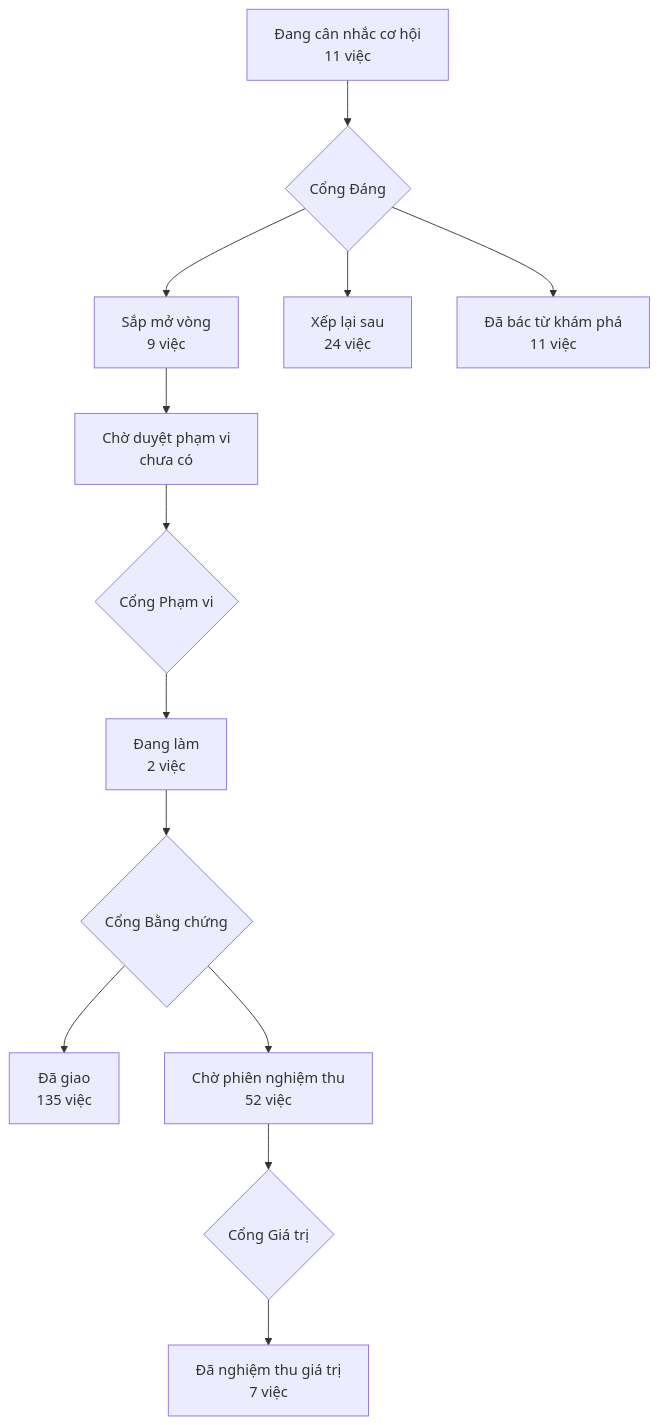
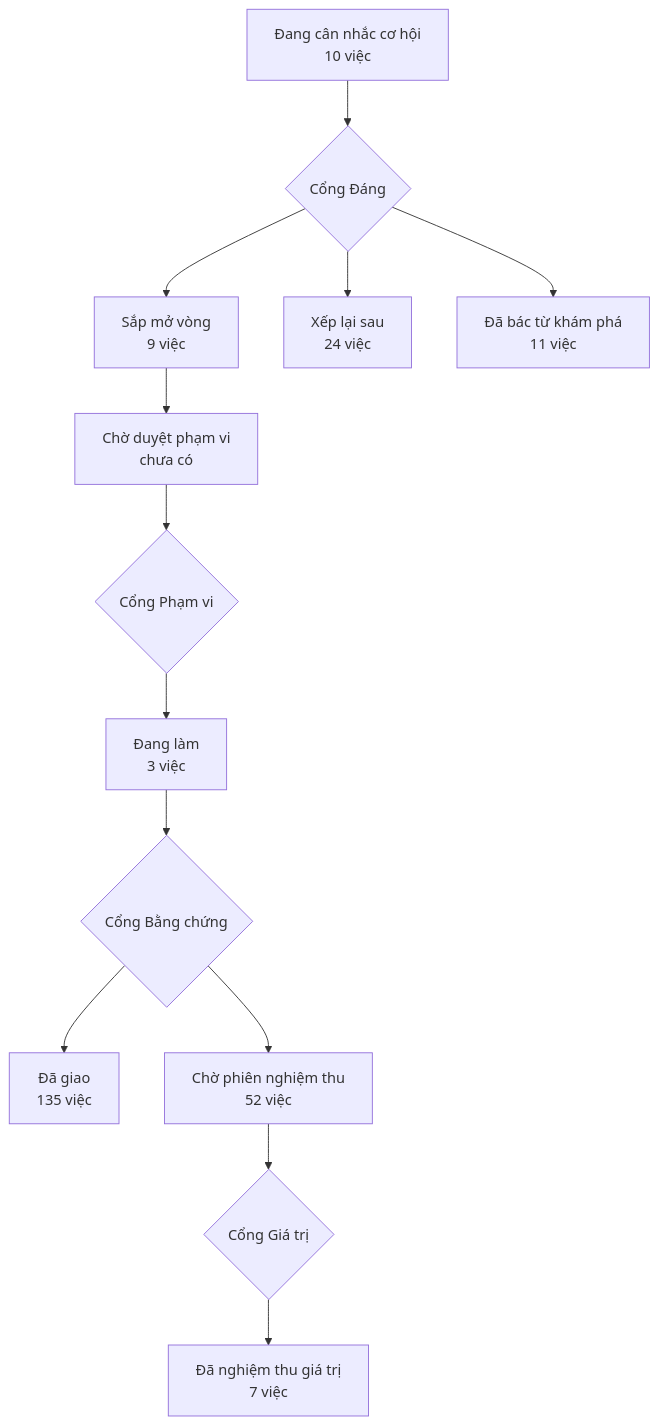
The diagram in PRODUCT-MAP.md (phanlemanh/acceptance-gate-kit), drawn with Mermaid before and after one commit. The commit also changed other lines of this file and 3 other files, not shown here.

Commit message:
acceptance(vung-giao-viec-tu-cat-luot): Cổng Phạm vi duyệt — Manh Phan, nhận khuyến nghị Hỏi-1 (làm cả xét lại)

````diff
--- a/PRODUCT-MAP.md
+++ b/PRODUCT-MAP.md
@@ -7,12 +7,12 @@
 ```mermaid
 flowchart TD
-  A["Đang cân nhắc cơ hội<br/>11 việc"] --> GD{"Cổng Đáng"}
+  A["Đang cân nhắc cơ hội<br/>10 việc"] --> GD{"Cổng Đáng"}
   GD --> B["Sắp mở vòng<br/>9 việc"]
   GD --> XL["Xếp lại sau<br/>24 việc"]
   GD --> DB["Đã bác từ khám phá<br/>11 việc"]
   B --> CD["Chờ duyệt phạm vi<br/>chưa có"] --> GP{"Cổng Phạm vi"}
-  GP --> DL["Đang làm<br/>2 việc"] --> GB{"Cổng Bằng chứng"}
+  GP --> DL["Đang làm<br/>3 việc"] --> GB{"Cổng Bằng chứng"}
   GB --> DG["Đã giao<br/>135 việc"]
   GB --> CN["Chờ phiên nghiệm thu<br/>52 việc"] --> GG{"Cổng Giá trị"}
   GG --> NT["Đã nghiệm thu giá trị<br/>7 việc"]
 ```
````
